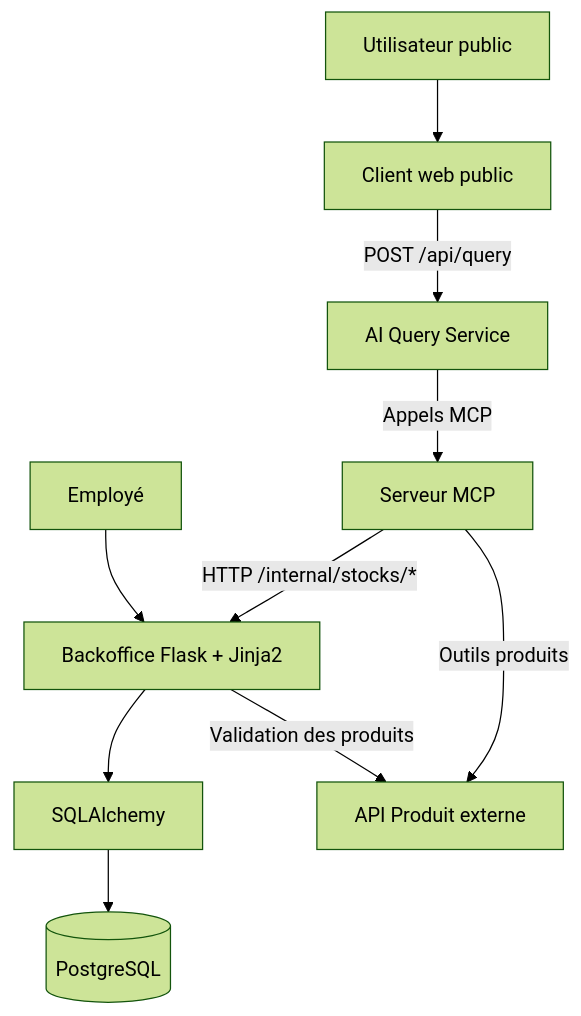
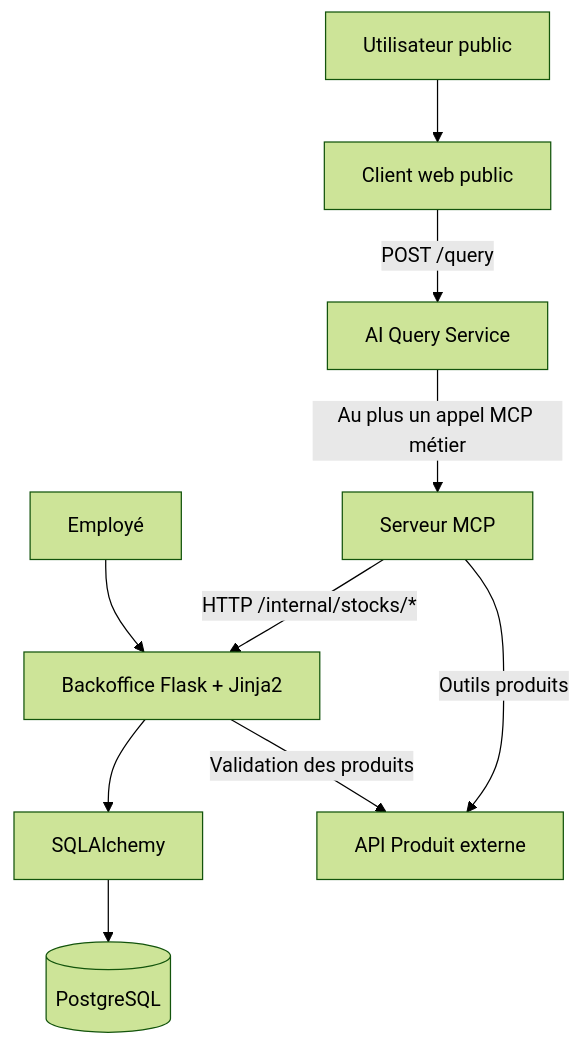
The first of 2 diagrams in docs/architecture.md (John-Natty/holbertonschool-hbntory), drawn with Mermaid (forest theme) before and after one commit. The commit also changed other lines of this file and 23 other files, not shown here.

````diff
--- a/docs/architecture.md
+++ b/docs/architecture.md
@@ -293,27 +300,27 @@
 ```mermaid
 flowchart TB
     PublicUser[Utilisateur public]
     Client[Client web public]
     AIService[AI Query Service]
     MCP[Serveur MCP]
 
     Employee[Employé]
     Backoffice[Backoffice Flask + Jinja2]
     ORM[SQLAlchemy]
     Database[(PostgreSQL)]
 
     ProductAPI[API Produit externe]
 
     PublicUser --> Client
-    Client -->|POST /api/query| AIService
-    AIService -->|Appels MCP| MCP
+    Client -->|POST /query| AIService
+    AIService -->|Au plus un appel MCP métier| MCP
 
     MCP -->|Outils produits| ProductAPI
     MCP -->|HTTP /internal/stocks/*| Backoffice
 
     Employee --> Backoffice
     Backoffice --> ORM
     ORM --> Database
 
     Backoffice -->|Validation des produits| ProductAPI
 ```
````
